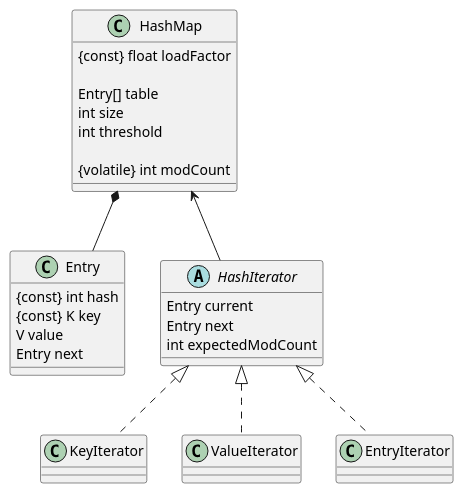
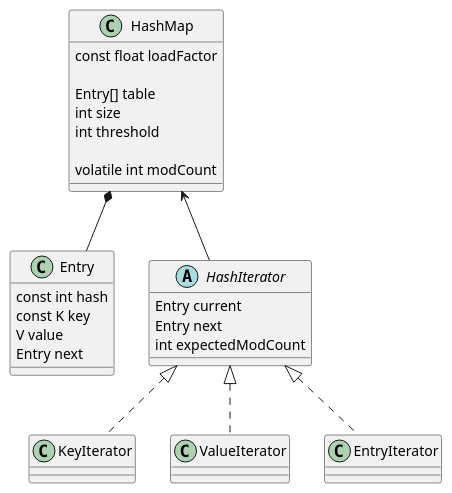
The first of 4 diagrams in Java-Map.md (dfxyz/notes), drawn with PlantUML before and after one commit. The commit also changed other lines of this file and 1 other file, not shown here.

````diff
--- a/Java-Map.md
+++ b/Java-Map.md
@@ -2,29 +2,29 @@
 ```plantuml
 @startuml
 class HashMap {
-    {const} float loadFactor
+    const float loadFactor
 
     Entry[] table
     int size
     int threshold
 
-    {volatile} int modCount
+    volatile int modCount
 }
 class Entry {
-    {const} int hash
-    {const} K key
+    const int hash
+    const K key
     V value
     Entry next
 }
 abstract class HashIterator {
     Entry current
     Entry next
     int expectedModCount
 }
 HashMap *-- Entry
 HashMap <-- HashIterator
 HashIterator <|.. KeyIterator
 HashIterator <|.. ValueIterator
 HashIterator <|.. EntryIterator
 @enduml
 ```
````
